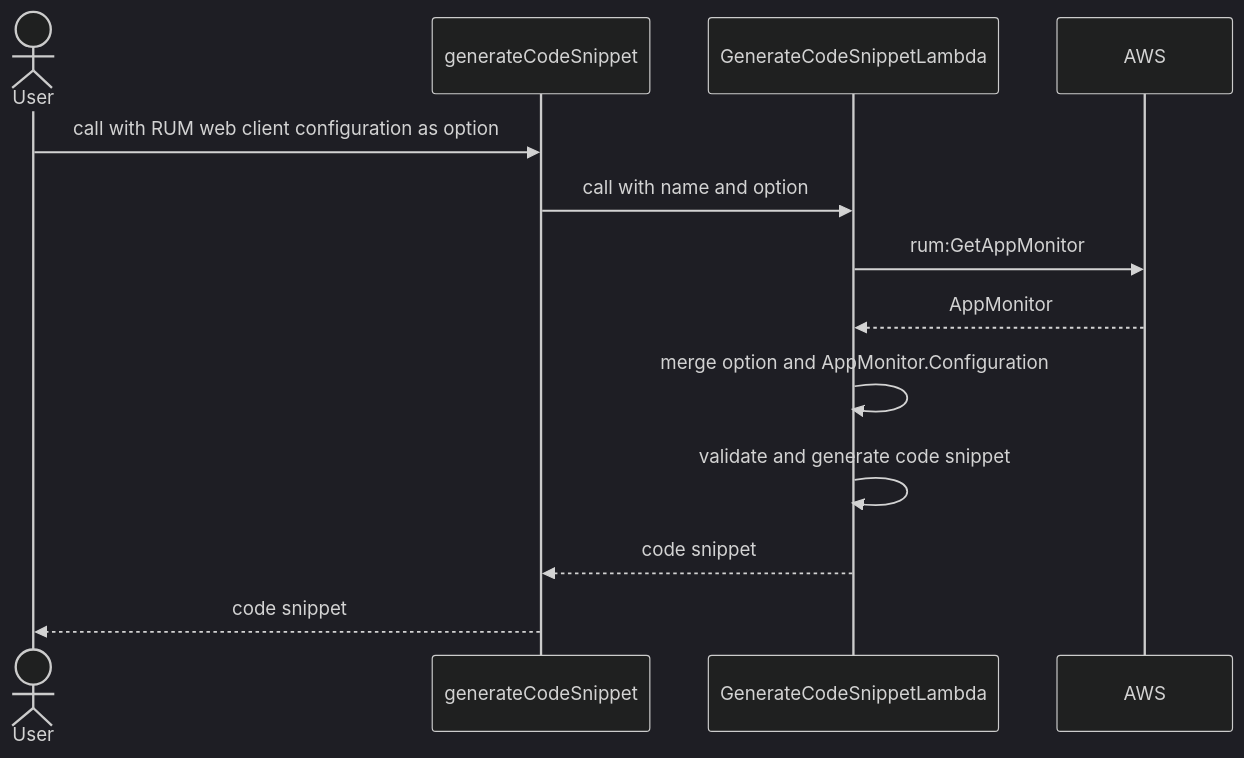
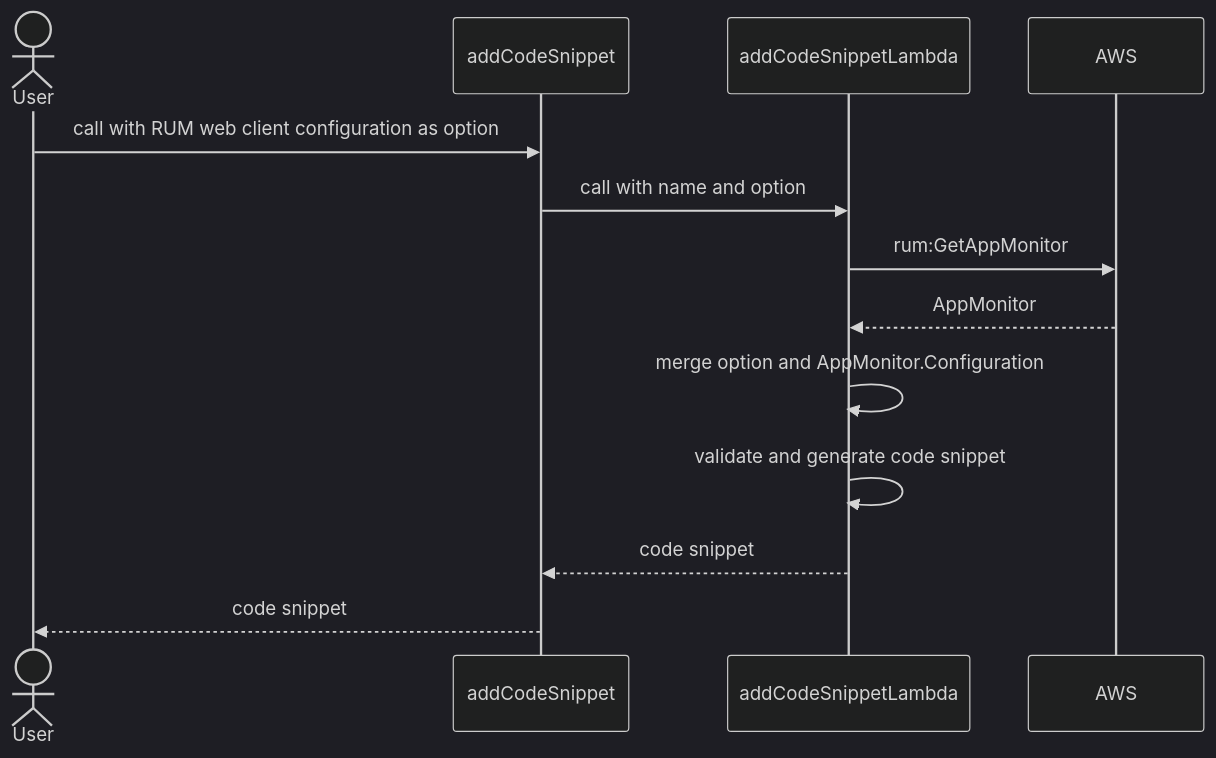
Before and after one commit to aws/aws-cdk-rfcs: the second of 2 diagrams in text/0400-appmonitor-l2.md, drawn with Mermaid (dark theme). The commit also changed other lines of this file, not shown here.

````diff
--- a/text/0400-appmonitor-l2.md
+++ b/text/0400-appmonitor-l2.md
@@ -408,12 +370,12 @@
 ```mermaid
 sequenceDiagram
   actor User
-  User->>generateCodeSnippet: call with RUM web client configuration as option
-  generateCodeSnippet->>GenerateCodeSnippetLambda: call with name and option
-  GenerateCodeSnippetLambda->>AWS: rum:GetAppMonitor
-  AWS-->>GenerateCodeSnippetLambda: AppMonitor
-  GenerateCodeSnippetLambda->>GenerateCodeSnippetLambda: merge option and AppMonitor.Configuration
-  GenerateCodeSnippetLambda->>GenerateCodeSnippetLambda: validate and generate code snippet
-  GenerateCodeSnippetLambda-->>generateCodeSnippet: code snippet
-  generateCodeSnippet-->>User: code snippet
+  User->>addCodeSnippet: call with RUM web client configuration as option
+  addCodeSnippet->>addCodeSnippetLambda: call with name and option
+  addCodeSnippetLambda->>AWS: rum:GetAppMonitor
+  AWS-->>addCodeSnippetLambda: AppMonitor
+  addCodeSnippetLambda->>addCodeSnippetLambda: merge option and AppMonitor.Configuration
+  addCodeSnippetLambda->>addCodeSnippetLambda: validate and generate code snippet
+  addCodeSnippetLambda-->>addCodeSnippet: code snippet
+  addCodeSnippet-->>User: code snippet
 ```
````
